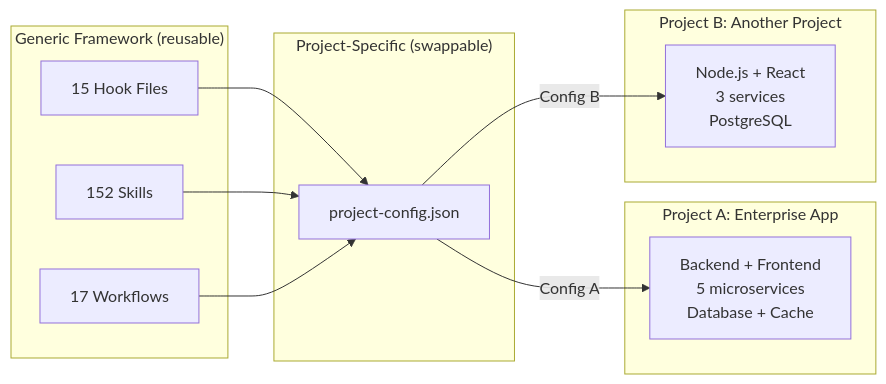
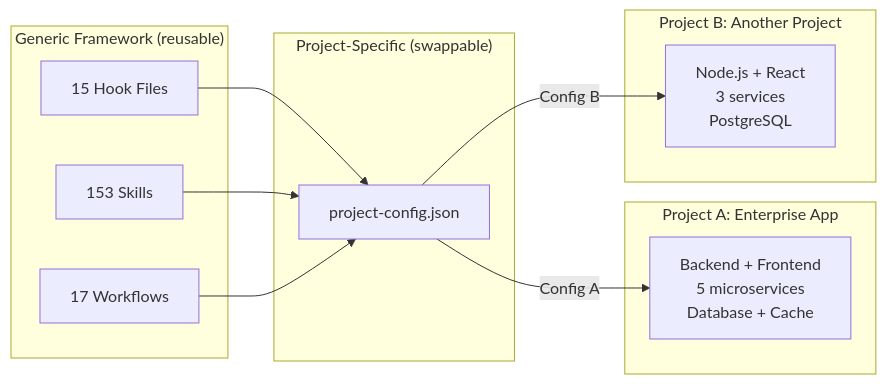
One commit to duc01226/easy-claude changed the eighth of 20 diagrams in .claude/docs/claude-ai-agent-framework-guide.md. Above: the diagram before and after it, drawn with Mermaid. The commit also changed other lines of this file and 11 other files, not shown here.

````diff
--- a/.claude/docs/claude-ai-agent-framework-guide.md
+++ b/.claude/docs/claude-ai-agent-framework-guide.md
@@ -876,24 +876,24 @@
 ```mermaid
 graph LR
     subgraph "Generic Framework (reusable)"
         H[15 Hook Files]
-        S[152 Skills]
+        S[153 Skills]
         W[17 Workflows]
     end
 
     subgraph "Project-Specific (swappable)"
         PC[project-config.json]
     end
 
     subgraph "Project A: Enterprise App"
         PA[Backend + Frontend<br/>5 microservices<br/>Database + Cache]
     end
 
     subgraph "Project B: Another Project"
         PB[Node.js + React<br/>3 services<br/>PostgreSQL]
     end
 
     H & S & W --> PC
     PC -->|Config A| PA
     PC -->|Config B| PB
 ```
````
